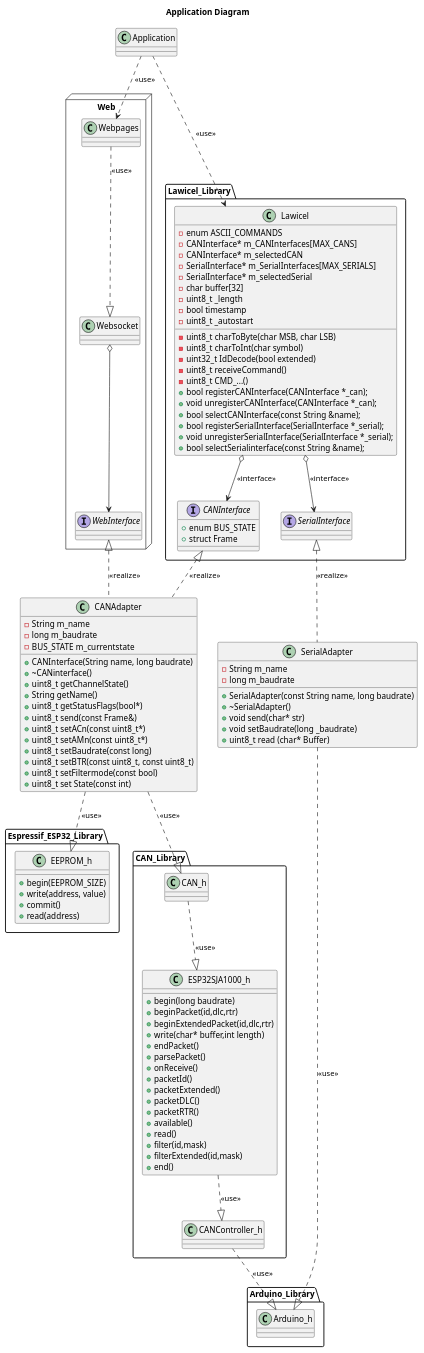
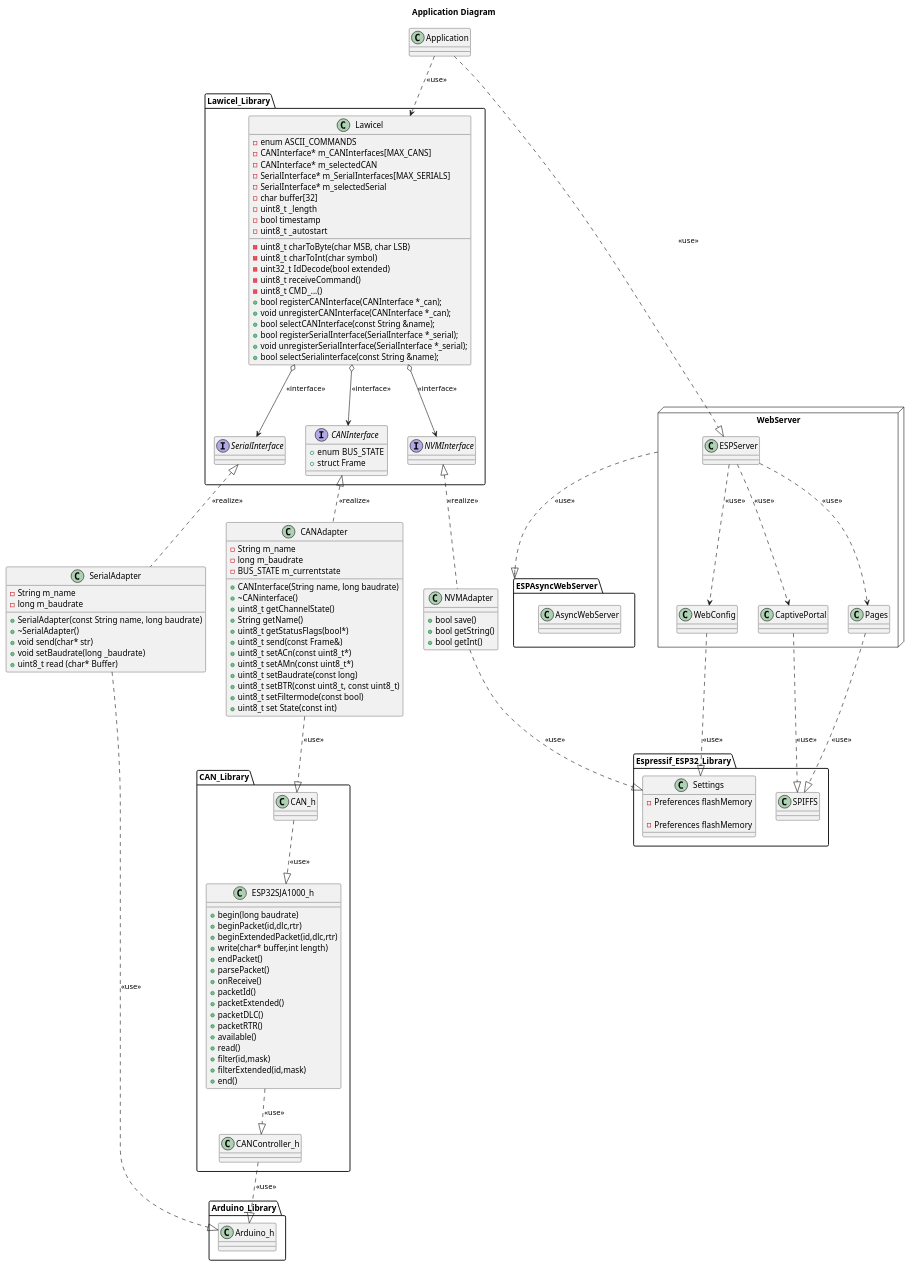
One commit to NewTec-GmbH/esp32-can-iot changed the diagram in Coding/fw/doc/design/Application.plantuml. Above: the diagram before and after it, drawn with PlantUML. The commit also changed 3 other files, not shown here.

Commit message:
Updated Application UML Diagram  for WebServer

```diff
--- a/Coding/fw/doc/design/Application.plantuml
+++ b/Coding/fw/doc/design/Application.plantuml
@@ -1,126 +1,158 @@
 @startuml
 
 Title Application Diagram
 
 Class Application
 
 package Lawicel_Library <<Folder>>{
     Class Lawicel{
         -enum ASCII_COMMANDS
         -uint8_t charToByte(char MSB, char LSB)
         -uint8_t charToInt(char symbol)
         -uint32_t IdDecode(bool extended)
         -uint8_t receiveCommand()
         -uint8_t CMD_...()
         -CANInterface* m_CANInterfaces[MAX_CANS]
         -CANInterface* m_selectedCAN
         -SerialInterface* m_SerialInterfaces[MAX_SERIALS]
         -SerialInterface* m_selectedSerial
         -char buffer[32]
         -uint8_t _length
         -bool timestamp
         -uint8_t _autostart
         +bool registerCANInterface(CANInterface *_can);
         +void unregisterCANInterface(CANInterface *_can);
         +bool selectCANInterface(const String &name);
         +bool registerSerialInterface(SerialInterface *_serial);
         +void unregisterSerialInterface(SerialInterface *_serial);
         +bool selectSerialinterface(const String &name);
 
 
     }
     Application ..> Lawicel : <<use>>
 
     Interface SerialInterface
     Interface CANInterface {
         +enum BUS_STATE
         +struct Frame
     }
+    Interface NVMInterface
 
     Lawicel o--> SerialInterface : <<interface>>
     Lawicel o--> CANInterface : <<interface>>
+    Lawicel o--> NVMInterface : <<interface>>
 }
 
 Class SerialAdapter{
     -String m_name
     -long m_baudrate
     +SerialAdapter(const String name, long baudrate)
     +~SerialAdapter()
     +void send(char* str)
     +void setBaudrate(long _baudrate)
     +uint8_t read (char* Buffer)
 }
 
 Class CANAdapter{
     -String m_name
     -long m_baudrate
     -BUS_STATE m_currentstate
     +CANInterface(String name, long baudrate)
     +~CANinterface()
     +uint8_t getChannelState()
     +String getName()
     +uint8_t getStatusFlags(bool*)
     +uint8_t send(const Frame&)
     +uint8_t setACn(const uint8_t*)
     +uint8_t setAMn(const uint8_t*)
     +uint8_t setBaudrate(const long)
     +uint8_t setBTR(const uint8_t, const uint8_t)
     +uint8_t setFiltermode(const bool)
     +uint8_t set State(const int)
 }
+
+Class NVMAdapter{
+    +bool save()
+    +bool getString()
+    +bool getInt()
+}
+
+NVMInterface <|.down. NVMAdapter : <<realize>>
 SerialInterface <|.down. SerialAdapter : <<realize>>
 CANInterface <|.down. CANAdapter : <<realize>>
 
 package Espressif_ESP32_Library{
-    Class EEPROM_h{
-        +begin(EEPROM_SIZE)
-        +write(address, value)
-        +commit()
-        +read(address)
+    Class Settings{
+
+        -Preferences flashMemory
     }
-    CANAdapter ..|> EEPROM_h : <<use>>
 }
+
+NVMAdapter ..|> Settings : <<use>>
 
 package Arduino_Library{
     Class Arduino_h
     Arduino_h  <|.up. SerialAdapter : <<use>>
 }
 
 package CAN_Library <<Folder>>{
     Class CAN_h
     Class ESP32SJA1000_h{
         +begin(long baudrate)
         +beginPacket(id,dlc,rtr)
         +beginExtendedPacket(id,dlc,rtr)
         +write(char* buffer,int length)
         +endPacket()
         +parsePacket()
         +onReceive()
         +packetId()
         +packetExtended()
         +packetDLC()
         +packetRTR()
         +available()
         +read()
         +filter(id,mask)
         +filterExtended(id,mask)
         +end()
     }
     Class CANController_h
     CAN_h  <|.up. CANAdapter: <<use>>
     ESP32SJA1000_h  <|.up. CAN_h: <<use>>
     CANController_h  <|.up. ESP32SJA1000_h: <<use>>
     Arduino_h  <|.up. CANController_h: <<use>>
 }
 
-package Web <<Node>>{
-    Class Webpages
-    Class Websocket
-    Interface WebInterface
-    Webpages ..|> Websocket : <<use>>
-    WebInterface <|.. CANAdapter : <<realize>>
-    Websocket o--> WebInterface
-    Application ..> Webpages : <<use>>
+package WebServer <<node>>
+{
+    Class WebConfig
+    Class Pages
+    Class CaptivePortal
+
+    Application ..|> ESPServer : <<use>>
+    ESPServer ..> WebConfig : <<use>>
+    ESPServer ..> Pages : <<use>>
+    ESPServer ..> CaptivePortal : <<use>>
 }
 
+package Espressif_ESP32_Library{
+    Class Settings{
+
+        -Preferences flashMemory
+    }
+    Class SPIFFS
+
+    WebConfig ..|> Settings : <<use>>
+    Pages ..|> SPIFFS : <<use>>
+    CaptivePortal ..|> SPIFFS : <<use>>
+}
+
+package ESPAsyncWebServer <<folder>>
+{
+    Class AsyncWebServer
+}
+
+WebServer ..|> ESPAsyncWebServer : <<use>>
+
+
+
 @enduml
```
